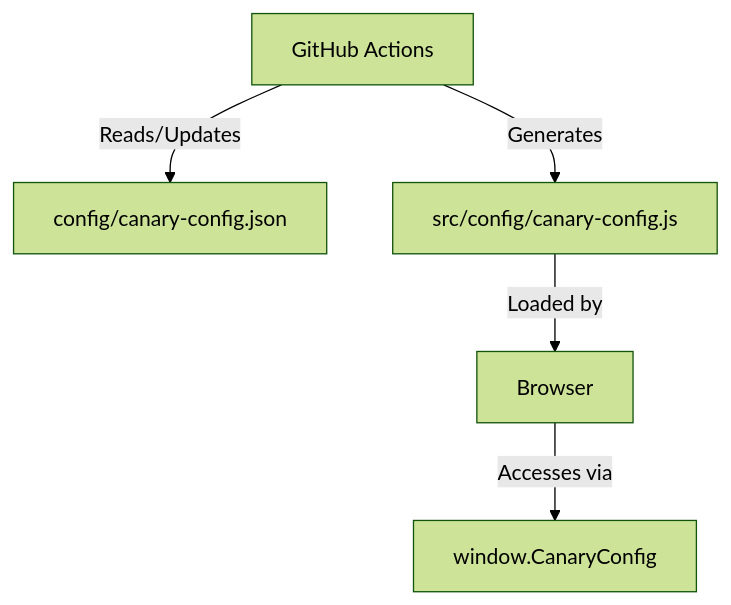
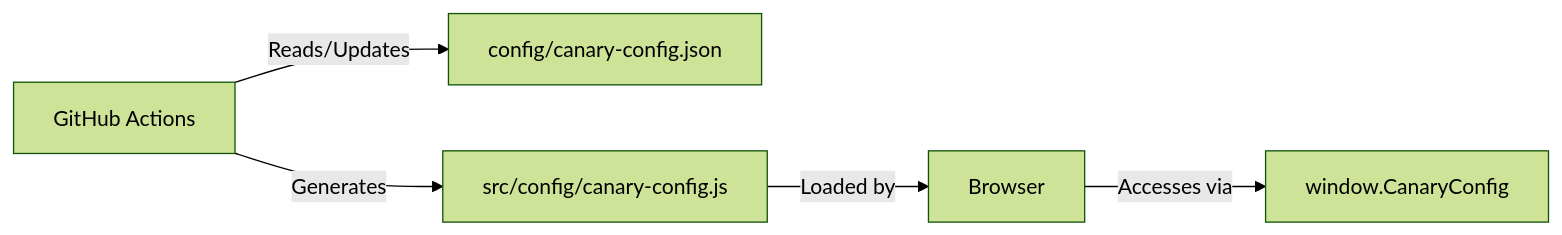
The second of 2 diagrams in docs/WORKFLOWS.md (lloydchang/client-side-canary-deployment), drawn with Mermaid (forest theme) before and after one commit. The commit also changed other lines of this file, not shown here.

````diff
--- a/docs/WORKFLOWS.md
+++ b/docs/WORKFLOWS.md
@@ -172,7 +172,7 @@
 ```mermaid
-graph TD
+graph LR
     A[GitHub Actions] -->|Reads/Updates| B[config/canary-config.json]
     A -->|Generates| C[src/config/canary-config.js]
     C -->|Loaded by| D[Browser]
     D -->|Accesses via| E[window.CanaryConfig]
 ```
````
